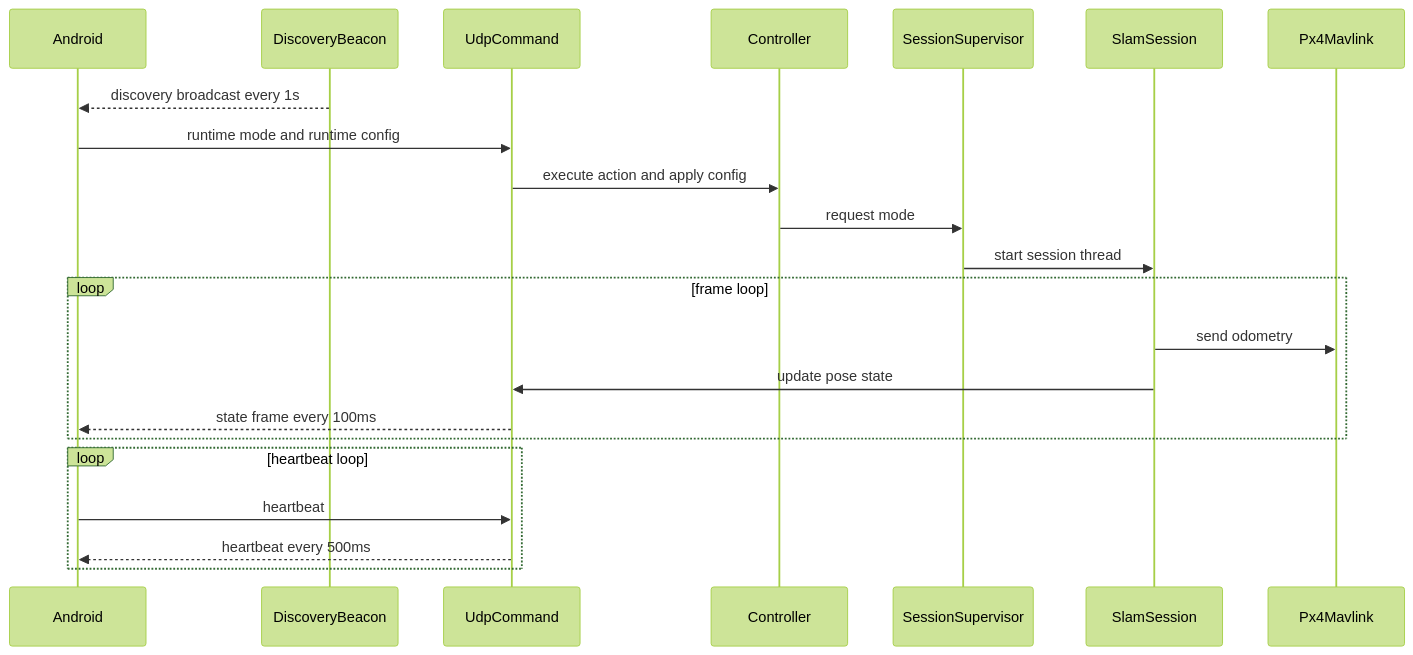
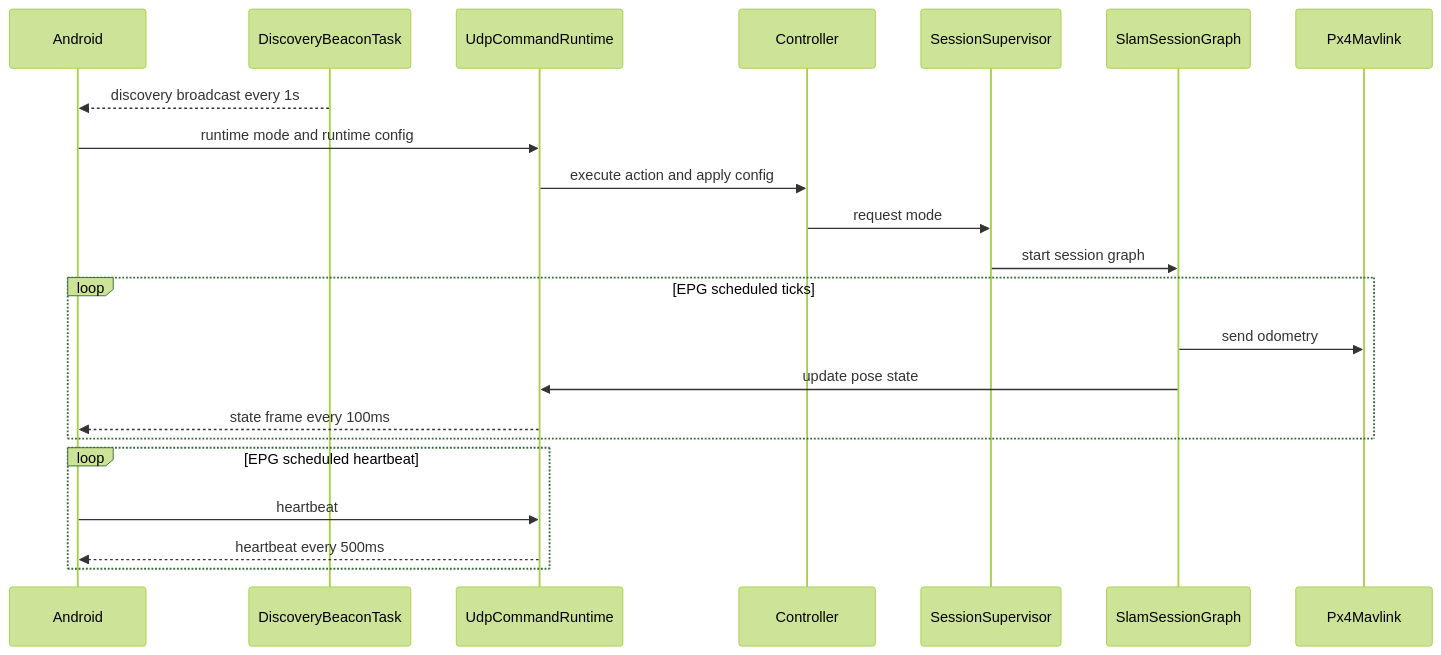
One commit to litingzhang/SmartDrone changed the third of 6 diagrams in docs/architecture.md. Above: the diagram before and after it, drawn with Mermaid (forest theme). The commit also changed other lines of this file and 153 other files, not shown here.

Commit message:
Refactor EPG runtime orchestration

````diff
--- a/docs/architecture.md
+++ b/docs/architecture.md
@@ -468,27 +466,27 @@
 ```mermaid
 sequenceDiagram
     participant APP as Android
-    participant DISC as DiscoveryBeacon
-    participant CMD as UdpCommand
+    participant DISC as DiscoveryBeaconTask
+    participant CMD as UdpCommandRuntime
     participant CTRL as Controller
     participant SUP as SessionSupervisor
-    participant SLAM as SlamSession
+    participant SLAM as SlamSessionGraph
     participant PX4 as Px4Mavlink
 
     DISC-->>APP: discovery broadcast every 1s
     APP->>CMD: runtime mode and runtime config
     CMD->>CTRL: execute action and apply config
     CTRL->>SUP: request mode
-    SUP->>SLAM: start session thread
+    SUP->>SLAM: start session graph
 
-    loop frame loop
+    loop EPG scheduled ticks
       SLAM->>PX4: send odometry
       SLAM->>CMD: update pose state
       CMD-->>APP: state frame every 100ms
     end
 
-    loop heartbeat loop
+    loop EPG scheduled heartbeat
       APP->>CMD: heartbeat
       CMD-->>APP: heartbeat every 500ms
     end
 ```
````
